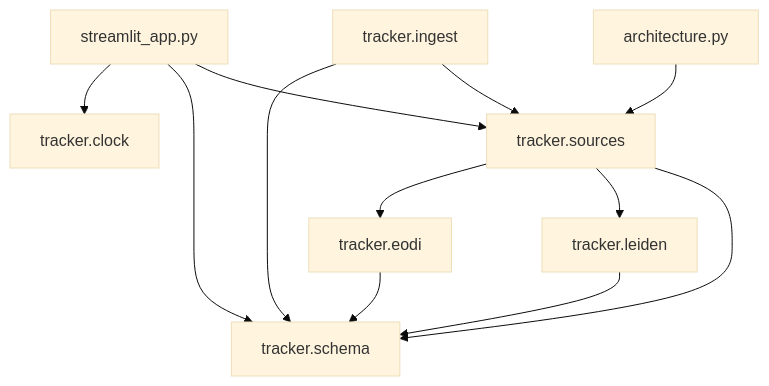
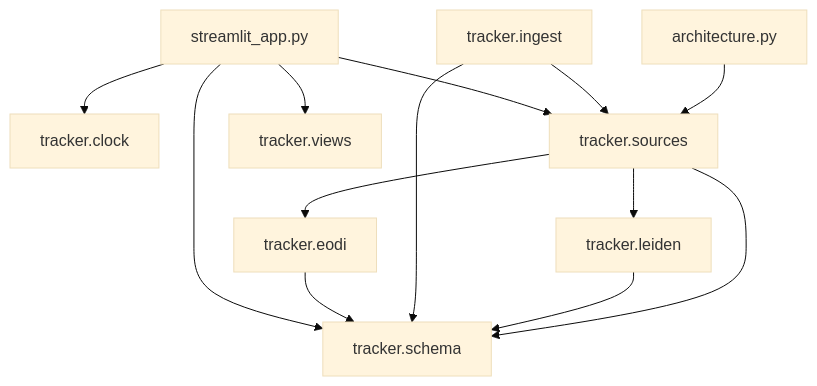
Before and after one commit to tryph0n/hybrid-tracker: the third of 3 diagrams in docs/architecture.md, drawn with Mermaid (base theme). The commit also changed other lines of this file and 6 other files, not shown here.

````diff
--- a/docs/architecture.md
+++ b/docs/architecture.md
@@ -145,22 +145,24 @@
 ```mermaid
 flowchart TB
   module_streamlit_app_py["streamlit_app.py"]
   module_tracker_clock["tracker.clock"]
   module_tracker_eodi["tracker.eodi"]
   module_tracker_ingest["tracker.ingest"]
   module_tracker_leiden["tracker.leiden"]
   module_tracker_schema["tracker.schema"]
   module_tracker_sources["tracker.sources"]
+  module_tracker_views["tracker.views"]
   module_architecture_py["architecture.py"]
   module_streamlit_app_py --> module_tracker_clock
   module_streamlit_app_py --> module_tracker_schema
   module_streamlit_app_py --> module_tracker_sources
+  module_streamlit_app_py --> module_tracker_views
   module_tracker_eodi --> module_tracker_schema
   module_tracker_ingest --> module_tracker_schema
   module_tracker_ingest --> module_tracker_sources
   module_tracker_leiden --> module_tracker_schema
   module_tracker_sources --> module_tracker_eodi
   module_tracker_sources --> module_tracker_leiden
   module_tracker_sources --> module_tracker_schema
   module_architecture_py --> module_tracker_sources
 ```
````
